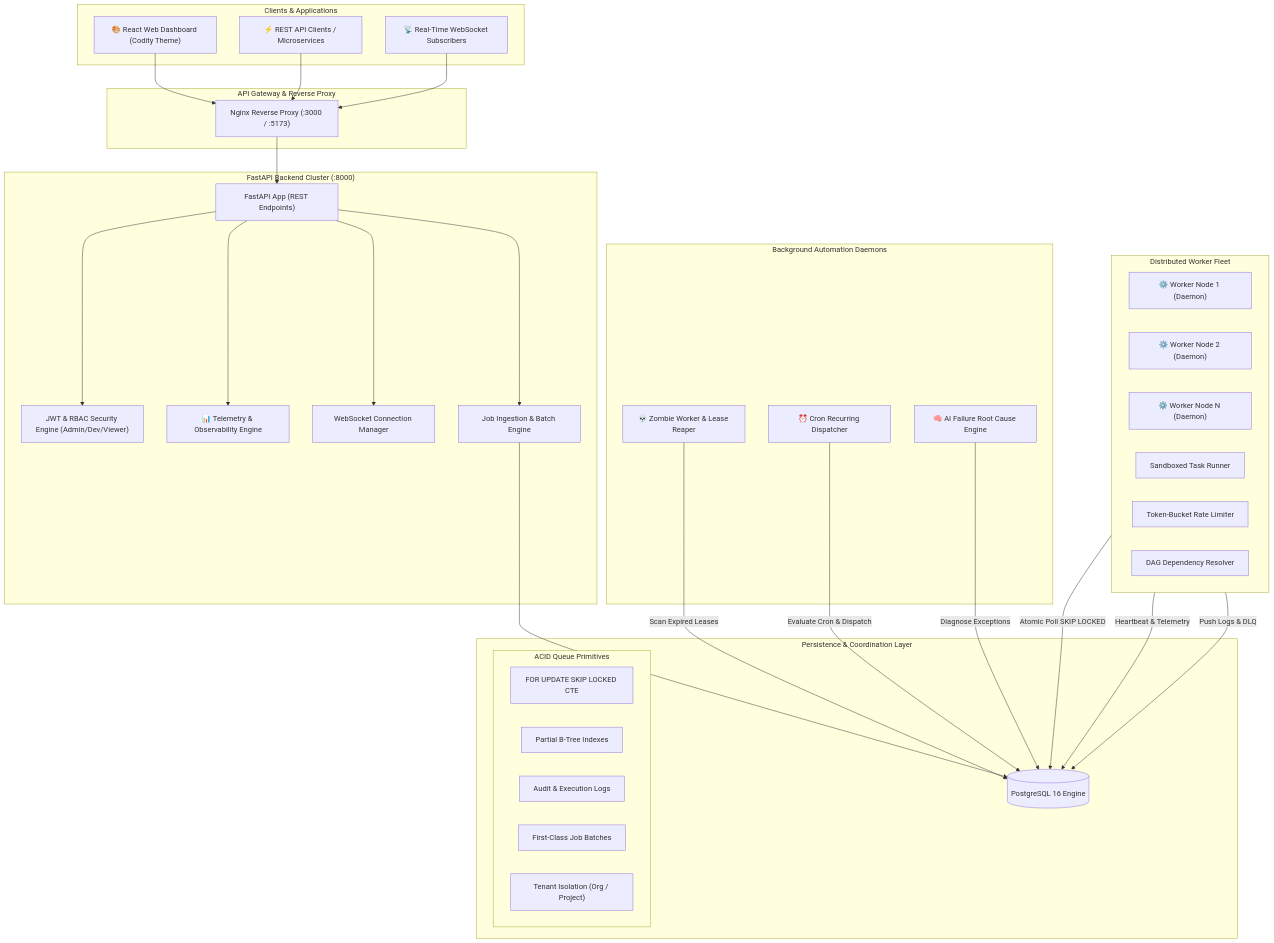
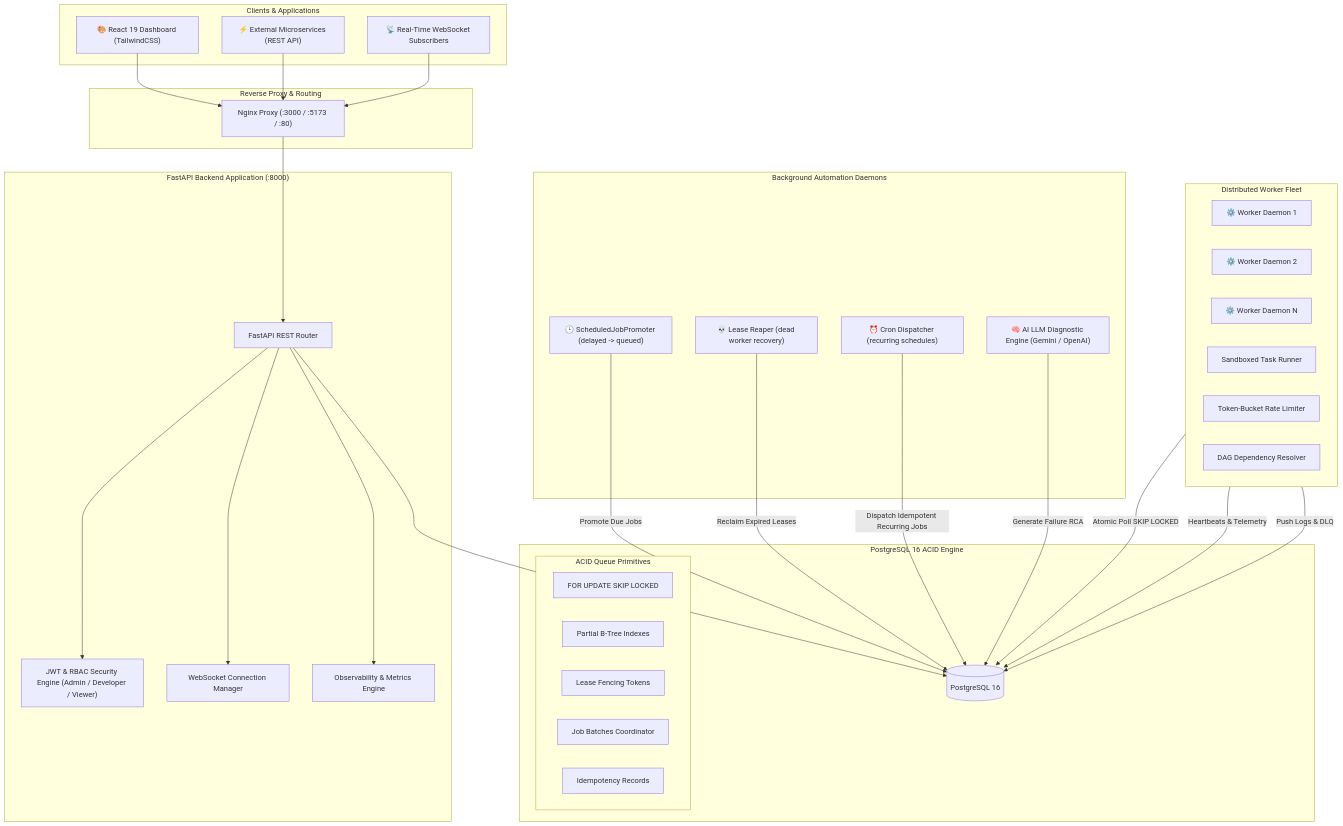
The diagram in README.md (rohitmore2020/Job_schedular), drawn with Mermaid before and after one commit. The commit also changed other lines of this file, not shown here.

Commit message:
Enhance README with comprehensive system architecture, benchmark tables, and verified test suites

````diff
--- a/README.md
+++ b/README.md
@@ -35,65 +35,65 @@
 ```mermaid
 flowchart TB
     subgraph Clients["Clients & Applications"]
-        Browser["🎨 React Web Dashboard (Codity Theme)"]
-        HTTPClient["⚡ REST API Clients / Microservices"]
+        Browser["🎨 React 19 Dashboard (TailwindCSS)"]
+        HTTPClient["⚡ External Microservices (REST API)"]
         WSClient["📡 Real-Time WebSocket Subscribers"]
     end
 
-    subgraph Gateway["API Gateway & Reverse Proxy"]
-        Nginx["Nginx Reverse Proxy (:3000 / :5173)"]
+    subgraph Gateway["Reverse Proxy & Routing"]
+        Nginx["Nginx Proxy (:3000 / :5173 / :80)"]
     end
 
-    subgraph BackendCluster["FastAPI Backend Cluster (:8000)"]
-        API["FastAPI App (REST Endpoints)"]
-        AuthModule["JWT & RBAC Security Engine (Admin/Dev/Viewer)"]
-        TelemetryService["📊 Telemetry & Observability Engine"]
+    subgraph BackendCluster["FastAPI Backend Application (:8000)"]
+        API["FastAPI REST Router"]
+        Auth["JWT & RBAC Security Engine (Admin / Developer / Viewer)"]
         WSManager["WebSocket Connection Manager"]
-        JobIngest["Job Ingestion & Batch Engine"]
+        Telemetry["Observability & Metrics Engine"]
     end
 
-    subgraph Storage["Persistence & Coordination Layer"]
-        Postgres[(PostgreSQL 16 Engine)]
+    subgraph Persistence["PostgreSQL 16 ACID Engine"]
+        Postgres[(PostgreSQL 16)]
         subgraph PGFeatures["ACID Queue Primitives"]
-            SkipLocked["FOR UPDATE SKIP LOCKED CTE"]
+            SkipLocked["FOR UPDATE SKIP LOCKED"]
             PartialIdx["Partial B-Tree Indexes"]
-            AuditLogs["Audit & Execution Logs"]
-            Batches["First-Class Job Batches"]
-            MultiTenancy["Tenant Isolation (Org / Project)"]
+            Fencing["Lease Fencing Tokens"]
+            Batches["Job Batches Coordinator"]
+            Idemp["Idempotency Records"]
         end
     end
 
     subgraph WorkerFleet["Distributed Worker Fleet"]
-        Worker1["⚙️ Worker Node 1 (Daemon)"]
-        Worker2["⚙️ Worker Node 2 (Daemon)"]
-        WorkerN["⚙️ Worker Node N (Daemon)"]
+        Worker1["⚙️ Worker Daemon 1"]
+        Worker2["⚙️ Worker Daemon 2"]
+        WorkerN["⚙️ Worker Daemon N"]
         Runner["Sandboxed Task Runner"]
         RateLimiter["Token-Bucket Rate Limiter"]
-        DAGEngine["DAG Dependency Resolver"]
+        DAG["DAG Dependency Resolver"]
     end
 
-    subgraph SchedulerDaemons["Background Automation Daemons"]
-        Reaper["💀 Zombie Worker & Lease Reaper"]
-        CronDispatcher["⏰ Cron Recurring Dispatcher"]
-        AIDiagnostics["🧠 AI Failure Root Cause Engine"]
+    subgraph Daemons["Background Automation Daemons"]
+        Promoter["🕒 ScheduledJobPromoter (delayed -> queued)"]
+        Reaper["💀 Lease Reaper (dead worker recovery)"]
+        Cron["⏰ Cron Dispatcher (recurring schedules)"]
+        AIDiag["🧠 AI LLM Diagnostic Engine (Gemini / OpenAI)"]
     end
 
     Browser --> Nginx
     HTTPClient --> Nginx
     WSClient --> Nginx
     Nginx --> API
 
-    API --> AuthModule
-    API --> TelemetryService
+    API --> Auth
     API --> WSManager
-    API --> JobIngest
-    JobIngest --> Postgres
+    API --> Telemetry
+    API --> Postgres
 
     WorkerFleet -->|Atomic Poll SKIP LOCKED| Postgres
-    WorkerFleet -->|Heartbeat & Telemetry| Postgres
+    WorkerFleet -->|Heartbeats & Telemetry| Postgres
     WorkerFleet -->|Push Logs & DLQ| Postgres
 
-    Reaper -->|Scan Expired Leases| Postgres
-    CronDispatcher -->|Evaluate Cron & Dispatch| Postgres
-    AIDiagnostics -->|Diagnose Exceptions| Postgres
+    Promoter -->|Promote Due Jobs| Postgres
+    Reaper -->|Reclaim Expired Leases| Postgres
+    Cron -->|Dispatch Idempotent Recurring Jobs| Postgres
+    AIDiag -->|Generate Failure RCA| Postgres
 ```
````
